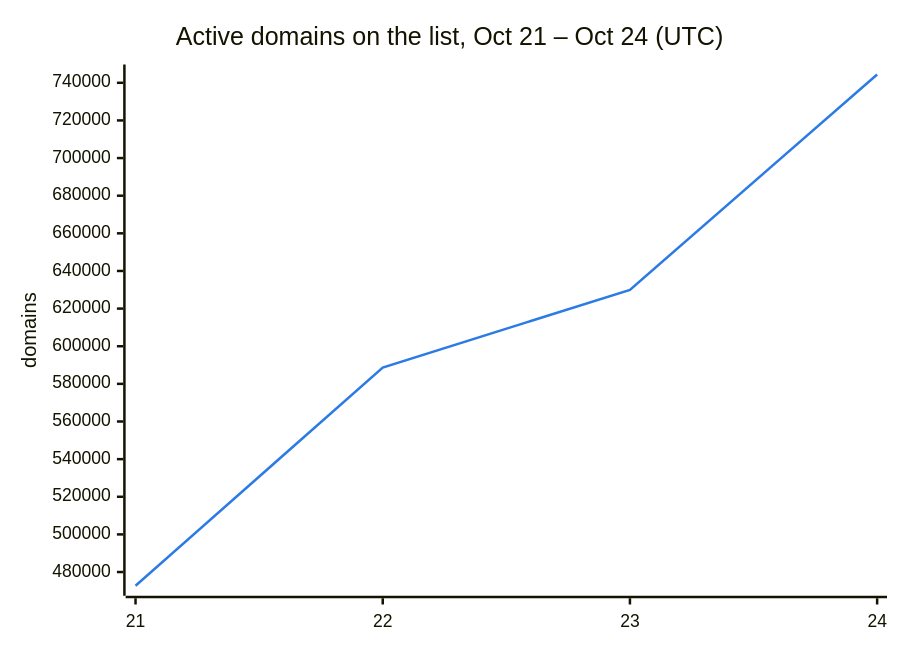
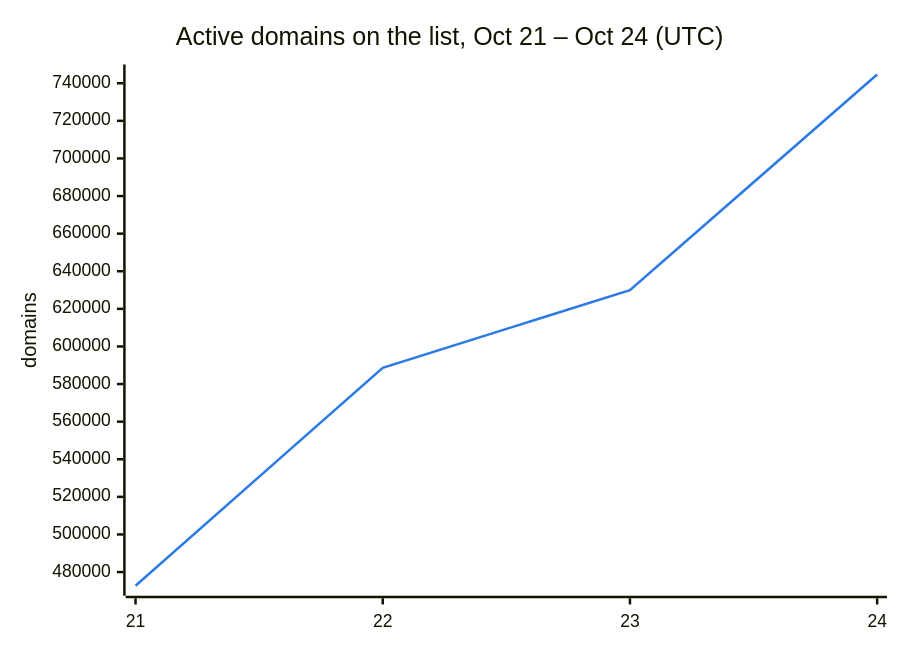
One commit to DNSBunker/CTI changed the second of 3 diagrams in README.md. Above: the diagram before and after it, drawn with Mermaid. The commit also changed other lines of this file and 3 other files, not shown here.

````diff
--- a/README.md
+++ b/README.md
@@ -38,8 +38,8 @@
 ```mermaid
 %%{init: {"themeVariables": {"xyChart": {"plotColorPalette": "#2c7be5"}}}}%%
 xychart-beta
     title "Active domains on the list, Oct 21 – Oct 24 (UTC)"
     x-axis ["21", "22", "23", "24"]
     y-axis "domains"
-    line [472713, 588659, 629951, 744409]
+    line [472713, 588659, 629951, 744650]
 ```
````
